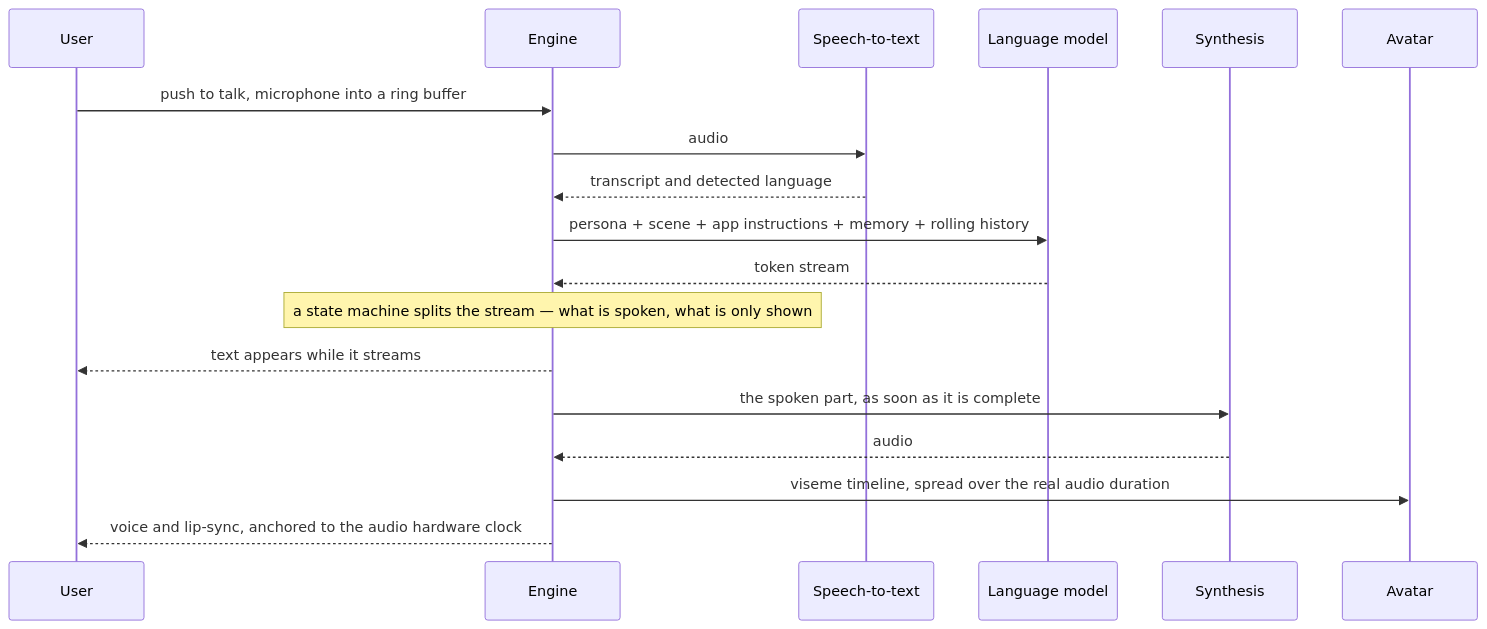
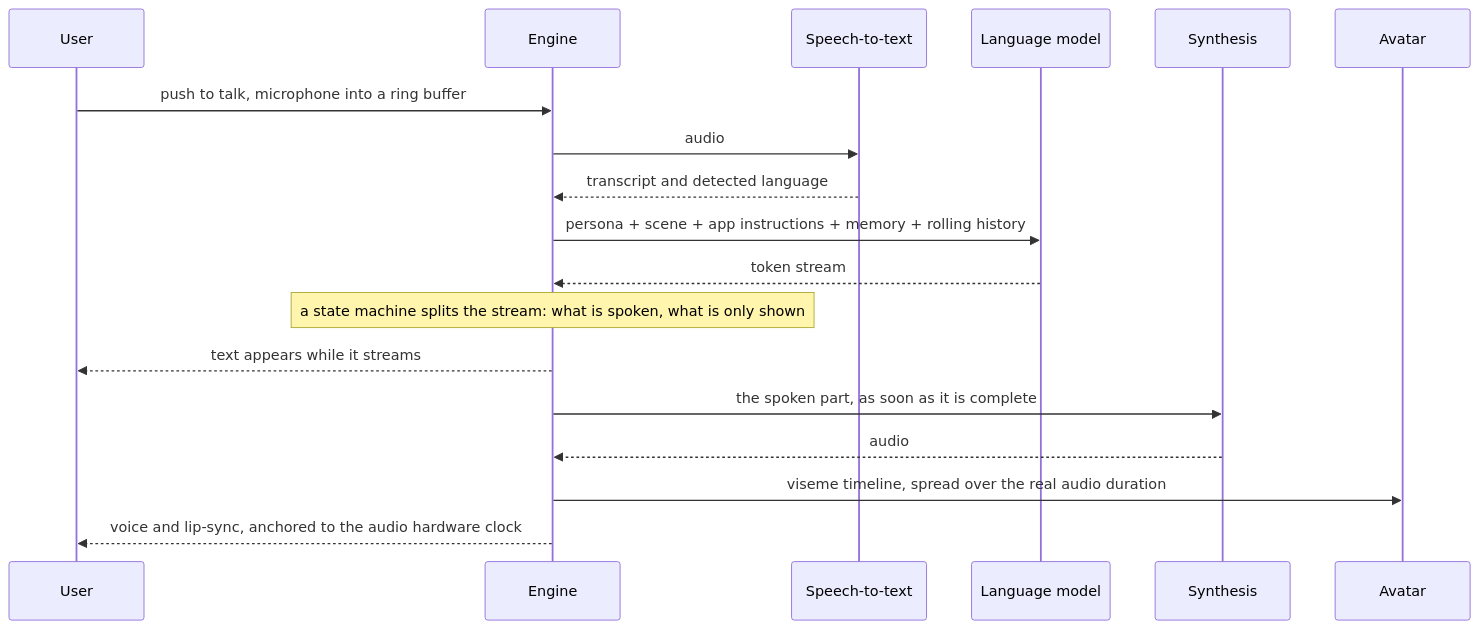
Before and after one commit to TheMackerel/Agentic-User-Interface-Engine-AUI-: the third of 4 diagrams in README.md, drawn with Mermaid. The commit also changed other lines of this file and 2 other files, not shown here.

````diff
--- a/README.md
+++ b/README.md
@@ -135,21 +135,21 @@
 ```mermaid
 sequenceDiagram
     participant U as User
     participant E as Engine
     participant S as Speech-to-text
     participant L as Language model
     participant T as Synthesis
     participant A as Avatar
 
     U->>E: push to talk, microphone into a ring buffer
     E->>S: audio
     S-->>E: transcript and detected language
     E->>L: persona + scene + app instructions + memory + rolling history
     L-->>E: token stream
-    Note over E: a state machine splits the stream — what is spoken, what is only shown
+    Note over E: a state machine splits the stream: what is spoken, what is only shown
     E-->>U: text appears while it streams
     E->>T: the spoken part, as soon as it is complete
     T-->>E: audio
     E->>A: viseme timeline, spread over the real audio duration
     E-->>U: voice and lip-sync, anchored to the audio hardware clock
 ```
````
